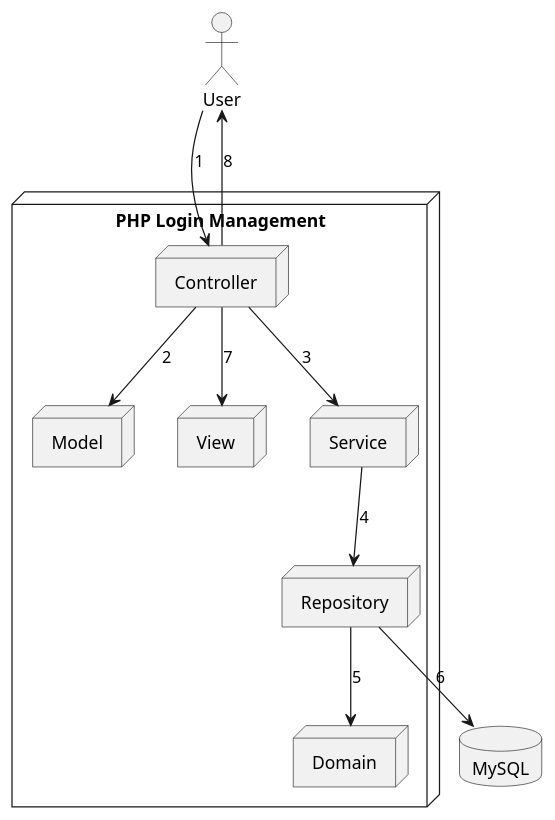
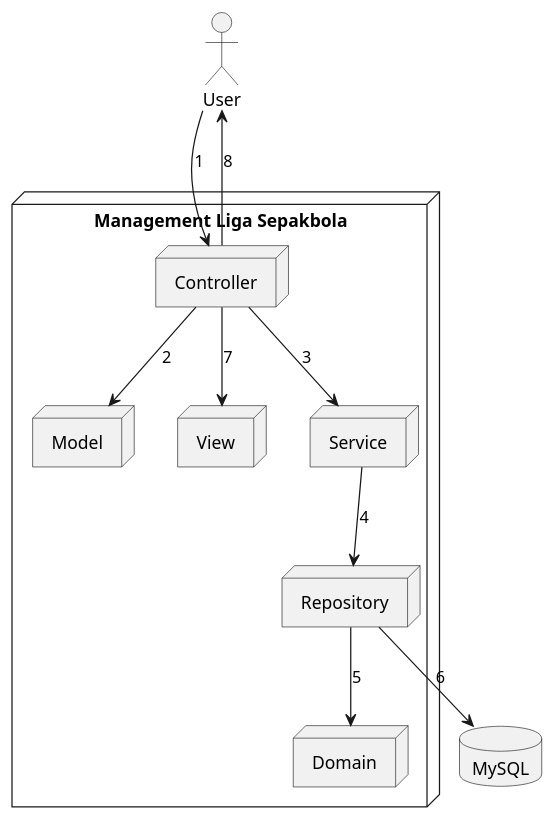
Before and after one commit to tridims/Web-App-Manajemen-Liga-Sepakbola: the diagram in architecture.puml, drawn with PlantUML.

```diff
--- a/architecture.puml
+++ b/architecture.puml
@@ -1,26 +1,26 @@
      @startuml
 
      actor "User" as user
 
-     node "PHP Login Management" {
+     node "Management Liga Sepakbola" {
         node "Model" as model
         node "Domain" as domain
         node "Controller" as controller
         node "View" as view
         node "Service" as service
         node "Repository" as repository
      }
 
      database "MySQL" as mysql
 
      user --> controller : 1
      controller --> model : 2
      controller --> service : 3
      service --> repository : 4
      repository --> domain : 5
      repository --> mysql : 6
      controller --> view : 7
      controller --> user : 8
 
 
      @enduml
```
